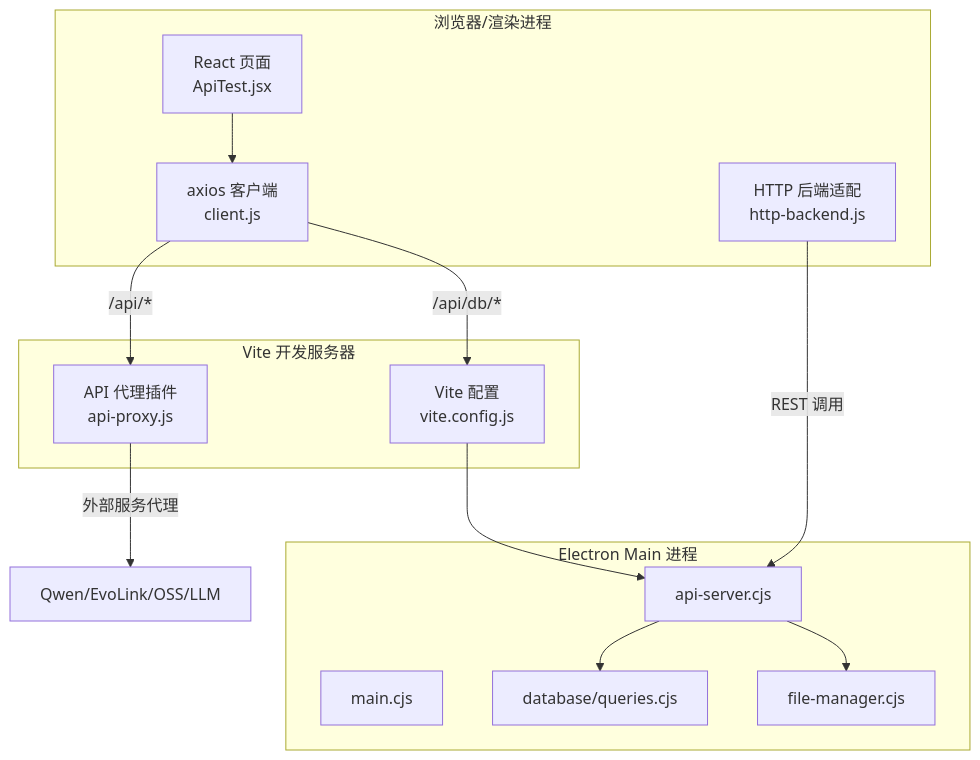
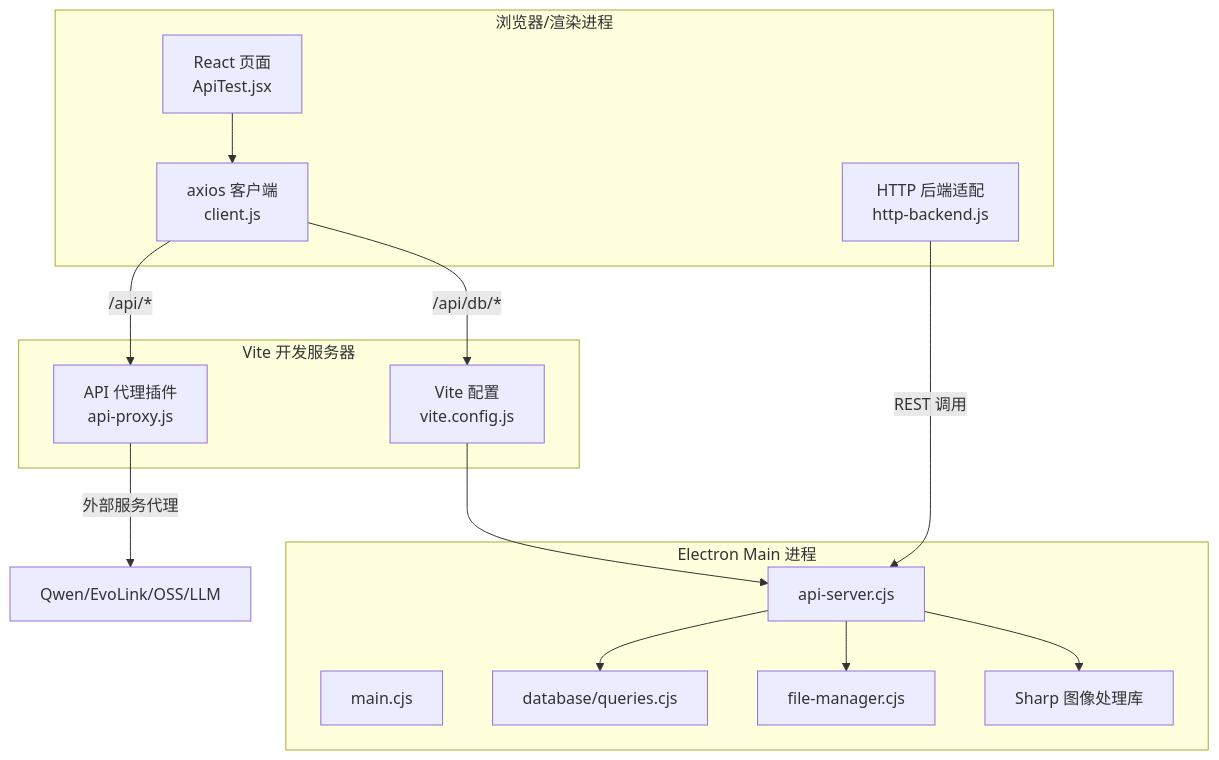
Before and after one commit to AlbusWei/AI-Image-Studio: the first of 4 diagrams in .qoder/repowiki/zh/content/数据库层/HTTP 后端与 REST API.md, drawn with Mermaid. The commit also changed other lines of this file and 21 other files, not shown here.

````diff
--- a/.qoder/repowiki/zh/content/数据库层/HTTP 后端与 REST API.md
+++ b/.qoder/repowiki/zh/content/数据库层/HTTP 后端与 REST API.md
@@ -45,26 +54,28 @@
 ```mermaid
 graph TB
 subgraph "浏览器/渲染进程"
 UI["React 页面<br/>ApiTest.jsx"]
 Client["axios 客户端<br/>client.js"]
 HttpBackend["HTTP 后端适配<br/>http-backend.js"]
 end
 subgraph "Vite 开发服务器"
 ViteProxy["API 代理插件<br/>api-proxy.js"]
 ViteCfg["Vite 配置<br/>vite.config.js"]
 end
 subgraph "Electron Main 进程"
 Main["main.cjs"]
 ApiServer["api-server.cjs"]
 DbQueries["database/queries.cjs"]
 FileManager["file-manager.cjs"]
+SharpLib["Sharp 图像处理库"]
 end
 UI --> Client
 Client --> |/api/*| ViteProxy
 Client --> |/api/db/*| ViteCfg
 ViteCfg --> ApiServer
 ViteProxy --> |"外部服务代理"| External["Qwen/EvoLink/OSS/LLM"]
 ApiServer --> DbQueries
 ApiServer --> FileManager
+ApiServer --> SharpLib
 HttpBackend --> |"REST 调用"| ApiServer
 ```
````
